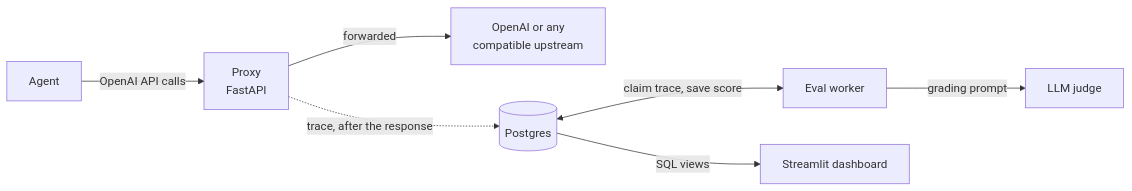
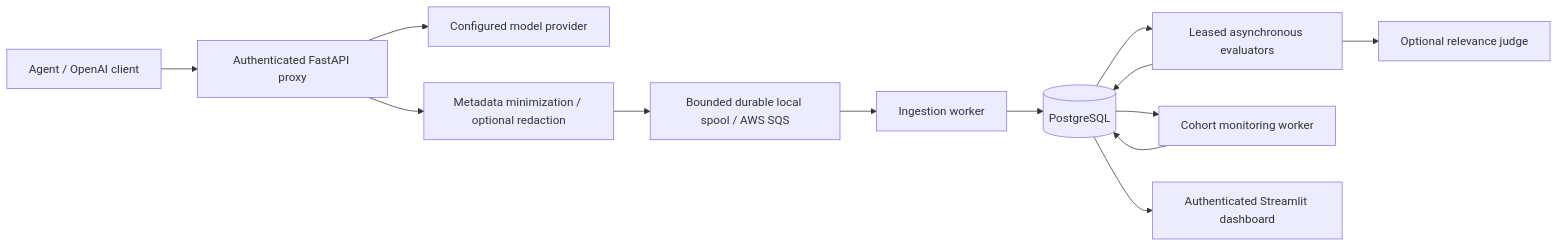
The diagram in README.md (Bala-vikram8/Agent-Eval-Proxy), drawn with Mermaid before and after one commit. The commit also changed other lines of this file and 18 other files, not shown here.

````diff
--- a/README.md
+++ b/README.md
@@ -13,9 +11,15 @@
 ```mermaid
 flowchart LR
-    A[Agent] -->|OpenAI API calls| P[Proxy<br/>FastAPI]
-    P -->|forwarded| U[OpenAI or any<br/>compatible upstream]
-    P -.->|trace, after the response| DB[(Postgres)]
-    DB <-->|claim trace, save score| W[Eval worker]
-    W -->|grading prompt| J[LLM judge]
-    DB -->|SQL views| D[Streamlit dashboard]
+    A[Agent / OpenAI client] --> P[Authenticated FastAPI proxy]
+    P --> U[Configured model provider]
+    P --> M[Metadata minimization / optional redaction]
+    M --> Q[Bounded durable local spool / AWS SQS]
+    Q --> I[Ingestion worker]
+    I --> DB[(PostgreSQL)]
+    DB --> E[Leased asynchronous evaluators]
+    E --> J[Optional relevance judge]
+    E --> DB
+    DB --> W[Cohort monitoring worker]
+    W --> DB
+    DB --> D[Authenticated Streamlit dashboard]
 ```
````
